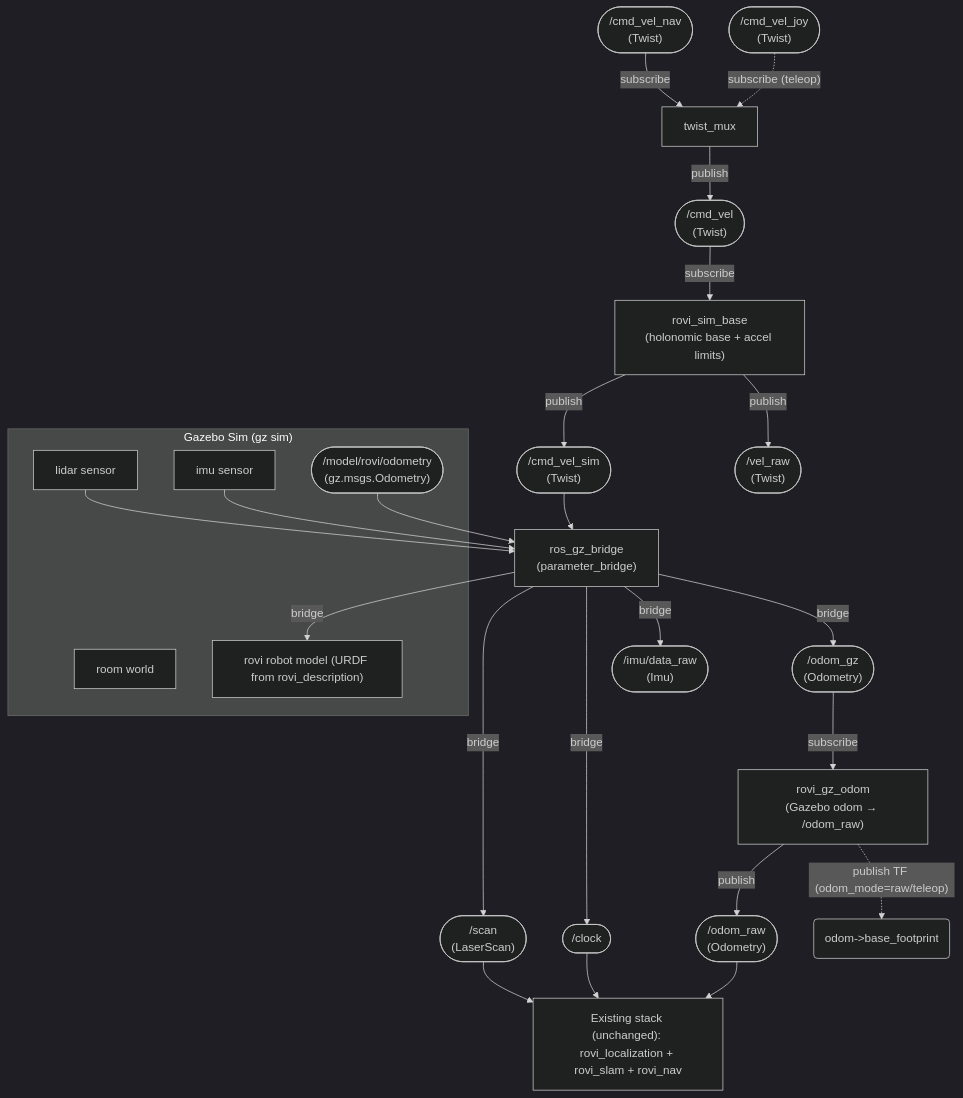
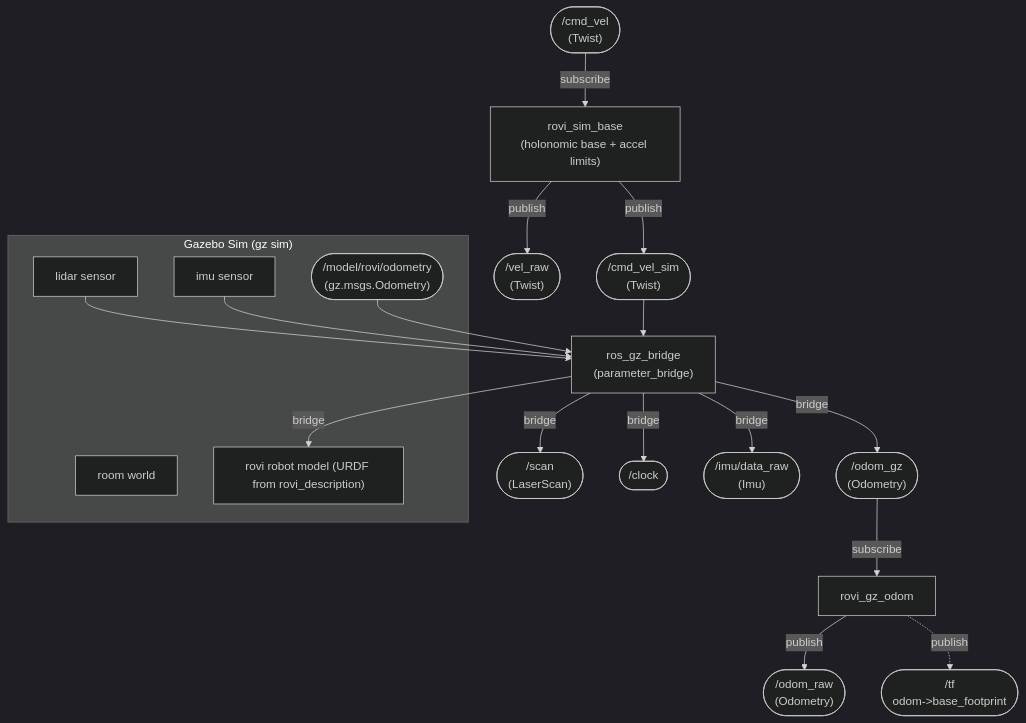
One commit to Roblibs/rovi_ros_ws changed the third of 12 diagrams in README.md. Above: the diagram before and after it, drawn with Mermaid (dark theme). The commit also changed other lines of this file and 1 other file, not shown here.

Commit message:
finetune readme and diagrams

````diff
--- a/README.md
+++ b/README.md
@@ -311,55 +124,46 @@
 ```mermaid
 flowchart TD
-  CMD_NAV(["/cmd_vel_nav<br/>(Twist)"])
-  CMD_JOY(["/cmd_vel_joy<br/>(Twist)"])
   CMD(["/cmd_vel<br/>(Twist)"])
-
-  TwistMux["twist_mux"]
-  CMD_NAV -->|subscribe| TwistMux
-  CMD_JOY -.->|"subscribe (teleop)"| TwistMux
-  TwistMux -->|publish| CMD
 
   RoviSimBase["rovi_sim_base<br/>(holonomic base + accel limits)"]
   CMD -->|subscribe| RoviSimBase
   CMD_SIM(["/cmd_vel_sim<br/>(Twist)"])
   VRAW(["/vel_raw<br/>(Twist)"])
   RoviSimBase -->|publish| CMD_SIM
   RoviSimBase -->|publish| VRAW
 
   ODRAW(["/odom_raw<br/>(Odometry)"])
 
   subgraph GZ["Gazebo Sim (gz sim)"]
     WORLD["room world"]
     ROBOT["rovi robot model (URDF from rovi_description)"]
     LIDAR["lidar sensor"]
     IMU_GZ["imu sensor"]
     ODOM_GZ(["/model/rovi/odometry<br/>(gz.msgs.Odometry)"])
   end
 
   BRIDGE["ros_gz_bridge<br/>(parameter_bridge)"]
 
   CMD_SIM --> BRIDGE
   BRIDGE -->|bridge| ROBOT
   LIDAR --> BRIDGE
   IMU_GZ --> BRIDGE
   ODOM_GZ --> BRIDGE
 
   SCAN(["/scan<br/>(LaserScan)"])
   CLOCK(["/clock"])
   IMU_RAW(["/imu/data_raw<br/>(Imu)"])
   ODOM_BRIDGED(["/odom_gz<br/>(Odometry)"])
   BRIDGE -->|bridge| SCAN
   BRIDGE -->|bridge| CLOCK
   BRIDGE -->|bridge| IMU_RAW
   BRIDGE -->|bridge| ODOM_BRIDGED
 
-  RoviGzOdom["rovi_gz_odom<br/>(Gazebo odom → /odom_raw)"]
+  TF_ODOM_BASE(["/tf<br>odom->base_footprint"])
+
+  RoviGzOdom[rovi_gz_odom]
   ODOM_BRIDGED -->|subscribe| RoviGzOdom
   RoviGzOdom -->|publish| ODRAW
-  RoviGzOdom -.->|"publish TF (odom_mode=raw/teleop)"| TF_ODOM_BASE("odom->base_footprint")
+  RoviGzOdom -.->|publish| TF_ODOM_BASE
 
-  EXISTING["Existing stack (unchanged): rovi_localization + rovi_slam + rovi_nav"]
-  ODRAW --> EXISTING
-  SCAN --> EXISTING
-  CLOCK --> EXISTING
 ```
````
